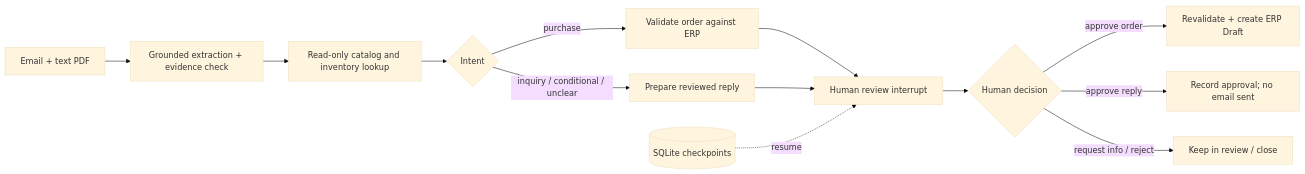
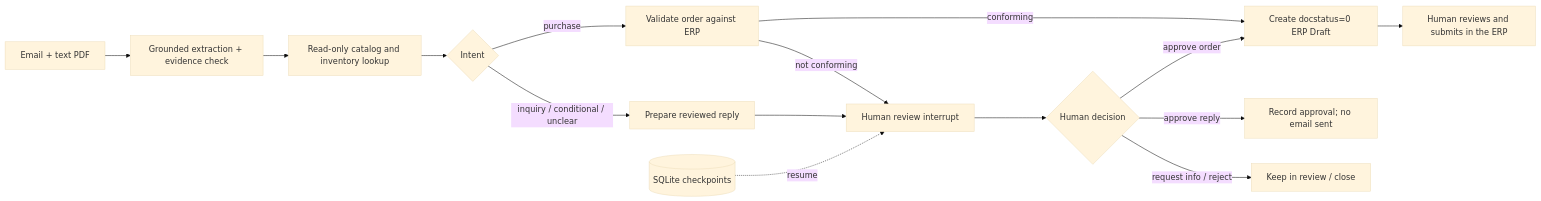
Before and after one commit to swnotmetal/E2E-MailOrder-LangChain: the diagram in README.md, drawn with Mermaid (base theme). The commit also changed other lines of this file and 12 other files, not shown here.

````diff
--- a/README.md
+++ b/README.md
@@ -30,15 +30,17 @@
 ```mermaid
 flowchart LR
   A[Email + text PDF] --> B[Grounded extraction + evidence check]
   B --> C[Read-only catalog and inventory lookup]
   C --> D{Intent}
   D -->|purchase| E[Validate order against ERP]
   D -->|inquiry / conditional / unclear| F[Prepare reviewed reply]
-  E --> G[Human review interrupt]
+  E -->|conforming| I[Create docstatus=0 ERP Draft]
+  E -->|not conforming| G[Human review interrupt]
   F --> G
   G --> H{Human decision}
-  H -->|approve order| I[Revalidate + create ERP Draft]
+  H -->|approve order| I
   H -->|approve reply| J[Record approval; no email sent]
   H -->|request info / reject| K[Keep in review / close]
+  I --> M[Human reviews and submits in the ERP]
   L[(SQLite checkpoints)] -. resume .-> G
 ```
````
